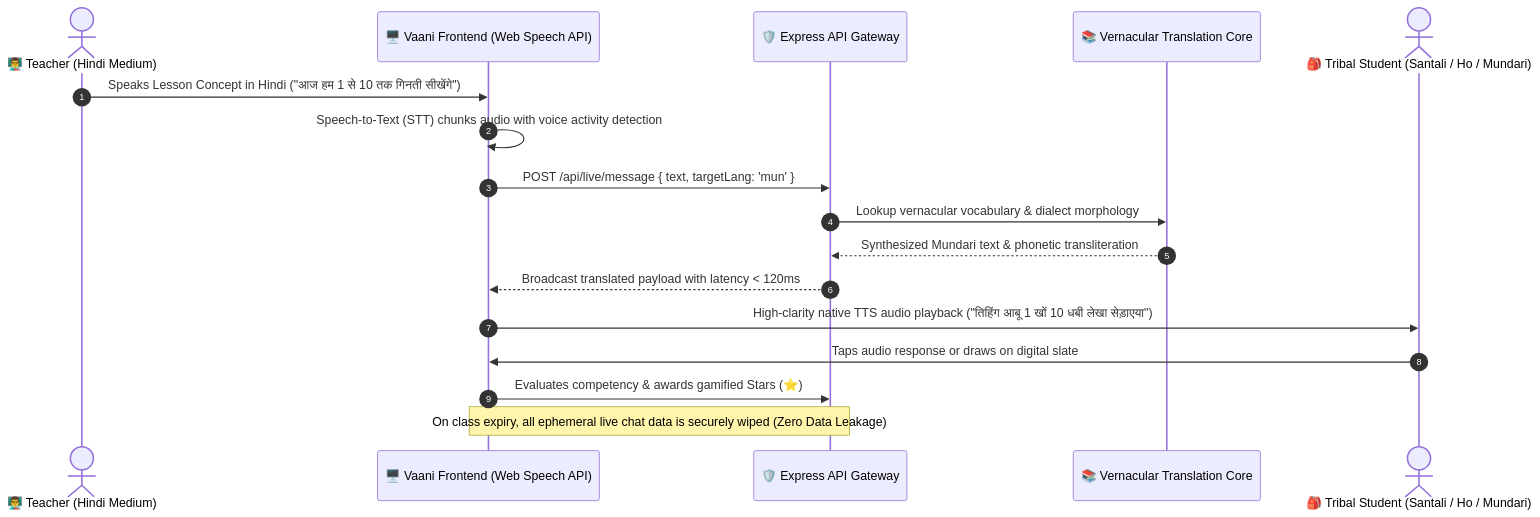
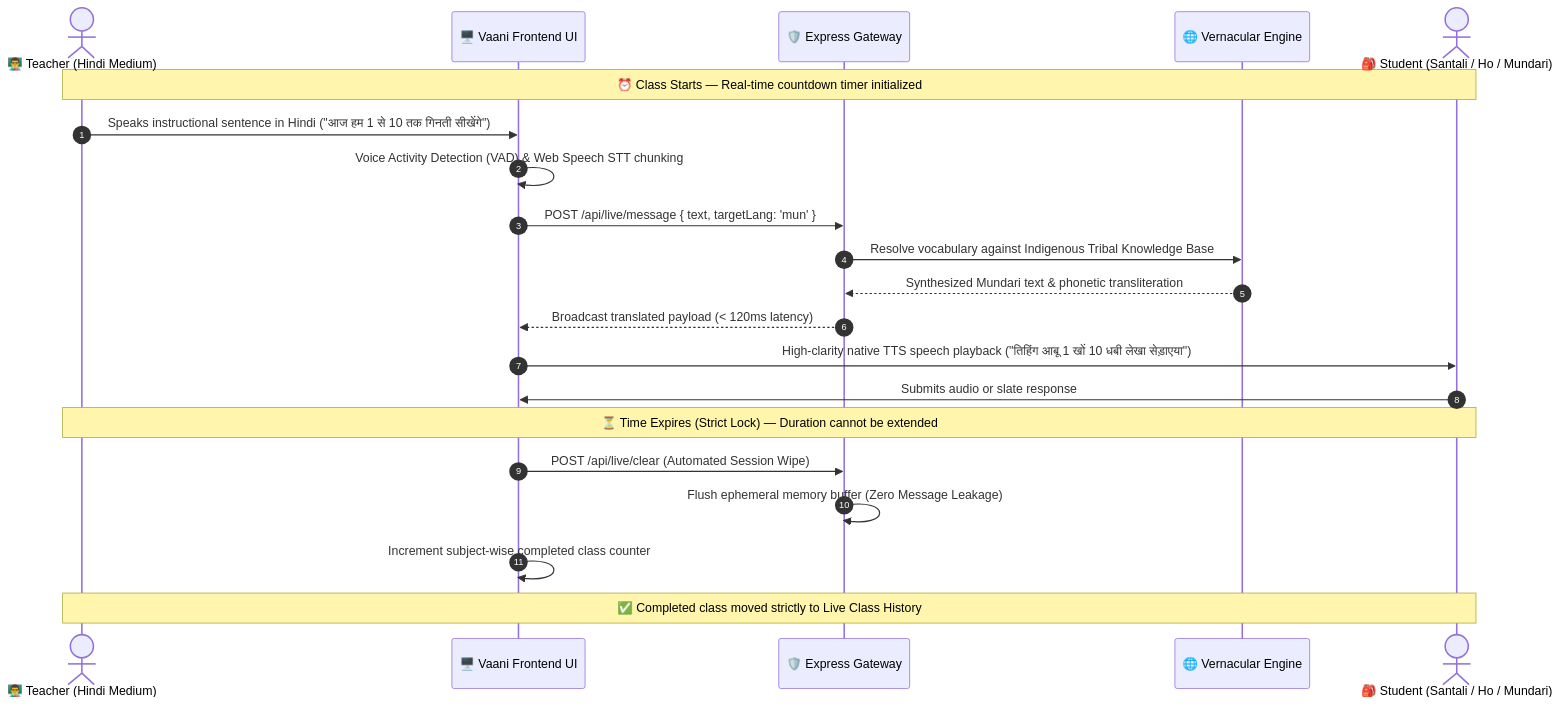
Before and after one commit to madhavisolanki-ui/Vaani: the second of 3 diagrams in README.md, drawn with Mermaid. The commit also changed other lines of this file, not shown here.

Commit message:
docs: enrich README with full system architecture, microservices map, and sequence diagrams

````diff
--- a/README.md
+++ b/README.md
@@ -75,20 +132,24 @@
 ```mermaid
 sequenceDiagram
     autonumber
     actor T as 👨‍🏫 Teacher (Hindi Medium)
-    participant UI as 🖥️ Vaani Frontend (Web Speech API)
-    participant API as 🛡️ Express API Gateway
-    participant TKB as 📚 Vernacular Translation Core
-    actor S as 🎒 Tribal Student (Santali / Ho / Mundari)
+    participant UI as 🖥️ Vaani Frontend UI
+    participant API as 🛡️ Express Gateway
+    participant ENG as 🌐 Vernacular Engine
+    actor S as 🎒 Student (Santali / Ho / Mundari)
 
-    T->>UI: Speaks Lesson Concept in Hindi ("आज हम 1 से 10 तक गिनती सीखेंगे")
-    UI->>UI: Speech-to-Text (STT) chunks audio with voice activity detection
+    Note over T,S: ⏰ Class Starts — Real-time countdown timer initialized
+    T->>UI: Speaks instructional sentence in Hindi ("आज हम 1 से 10 तक गिनती सीखेंगे")
+    UI->>UI: Voice Activity Detection (VAD) & Web Speech STT chunking
     UI->>API: POST /api/live/message { text, targetLang: 'mun' }
-    API->>TKB: Lookup vernacular vocabulary & dialect morphology
-    TKB-->>API: Synthesized Mundari text & phonetic transliteration
-    API-->>UI: Broadcast translated payload with latency < 120ms
-    UI->>S: High-clarity native TTS audio playback ("तिहिंग आबू 1 खों 10 धबी लेखा सेड़ाएया")
-    S->>UI: Taps audio response or draws on digital slate
-    UI->>API: Evaluates competency & awards gamified Stars (⭐)
-    Note over API,UI: On class expiry, all ephemeral live chat data is securely wiped (Zero Data Leakage)
+    API->>ENG: Resolve vocabulary against Indigenous Tribal Knowledge Base
+    ENG-->>API: Synthesized Mundari text & phonetic transliteration
+    API-->>UI: Broadcast translated payload (< 120ms latency)
+    UI->>S: High-clarity native TTS speech playback ("तिहिंग आबू 1 खों 10 धबी लेखा सेड़ाएया")
+    S->>UI: Submits audio or slate response
+    Note over T,S: ⏳ Time Expires (Strict Lock) — Duration cannot be extended
+    UI->>API: POST /api/live/clear (Automated Session Wipe)
+    API->>API: Flush ephemeral memory buffer (Zero Message Leakage)
+    UI->>UI: Increment subject-wise completed class counter
+    Note over T,S: ✅ Completed class moved strictly to Live Class History
 ```
````
